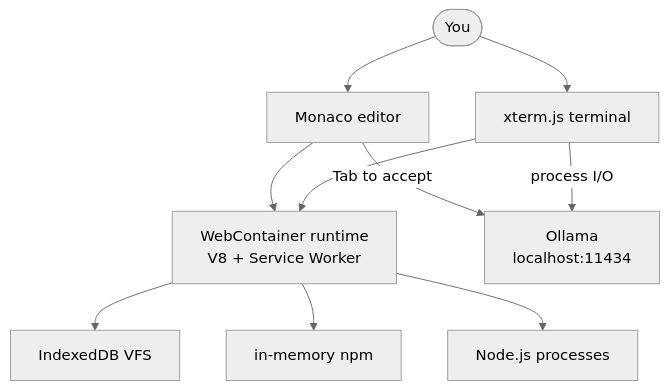
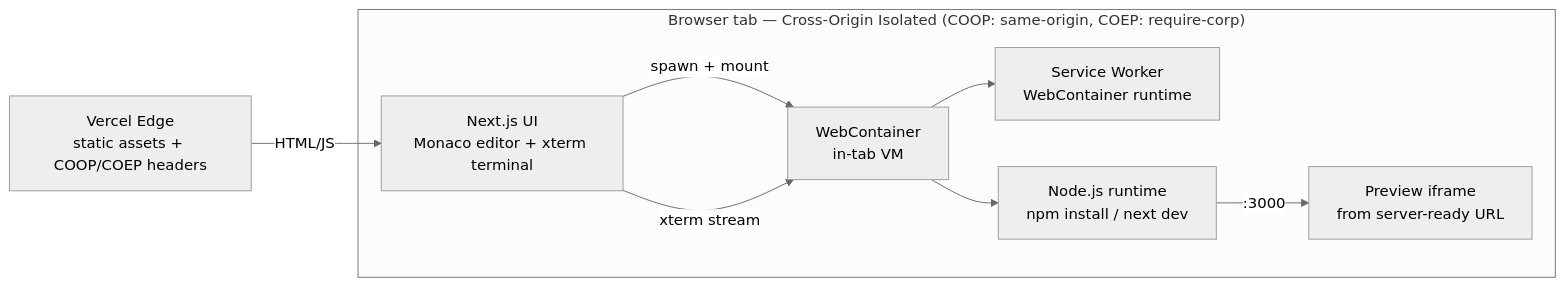
Before and after one commit to ykstorm/codecraft-ai: the diagram in README.md, drawn with Mermaid (neutral theme). The commit also changed other lines of this file and 2 other files, not shown here.

Commit message:
docs(readme): interview-grade README — hero, demo capture steps, mermaid architecture w/ COOP/COEP boundary, why-webcontainers, honest limitations + Teerth social card

````diff
--- a/README.md
+++ b/README.md
@@ -20,12 +46,17 @@
 ```mermaid
-graph TD
-    User([You]) --> Monaco[Monaco editor]
-    User --> Term[xterm.js terminal]
-    Monaco --> WC[WebContainer runtime<br/>V8 + Service Worker]
-    Term --> WC
-    WC --> FS[IndexedDB VFS]
-    WC --> NPM[in-memory npm]
-    WC --> Procs[Node.js processes]
-    Monaco -->|Tab to accept| Ollama[Ollama<br/>localhost:11434]
-    Term -->|process I/O| Ollama
+flowchart LR
+    CDN["Vercel Edge<br/>static assets + COOP/COEP headers"]
+    subgraph Browser["Browser tab — Cross-Origin Isolated (COOP: same-origin, COEP: require-corp)"]
+        UI["Next.js UI<br/>Monaco editor + xterm terminal"]
+        SW["Service Worker<br/>WebContainer runtime"]
+        WC["WebContainer<br/>in-tab VM"]
+        NODE["Node.js runtime<br/>npm install / next dev"]
+        IFR["Preview iframe<br/>from server-ready URL"]
+        UI -->|spawn + mount| WC
+        WC --> SW
+        WC --> NODE
+        NODE -->|:3000| IFR
+        UI -->|xterm stream| WC
+    end
+    CDN -->|HTML/JS| UI
 ```
````
